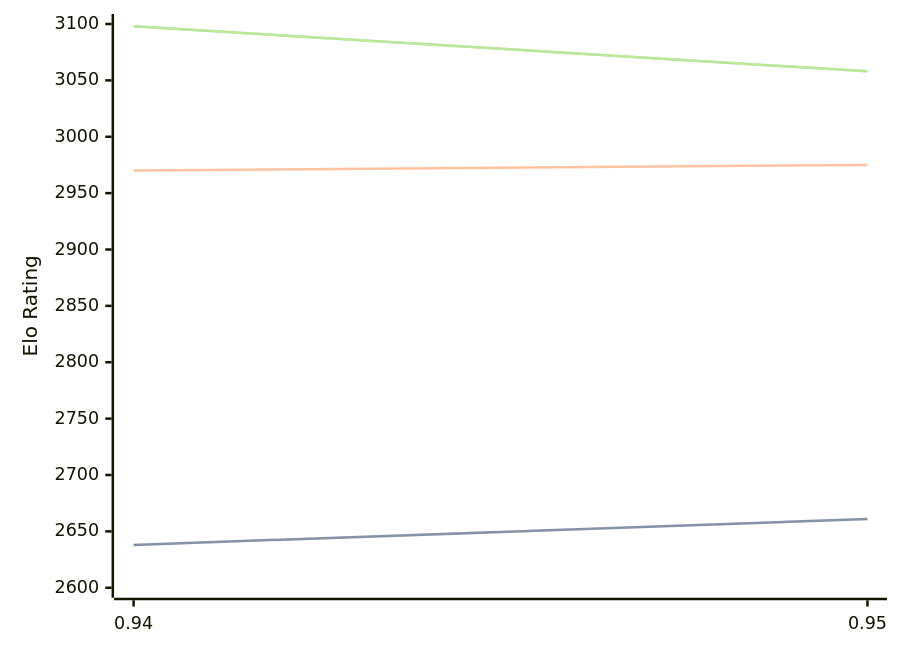
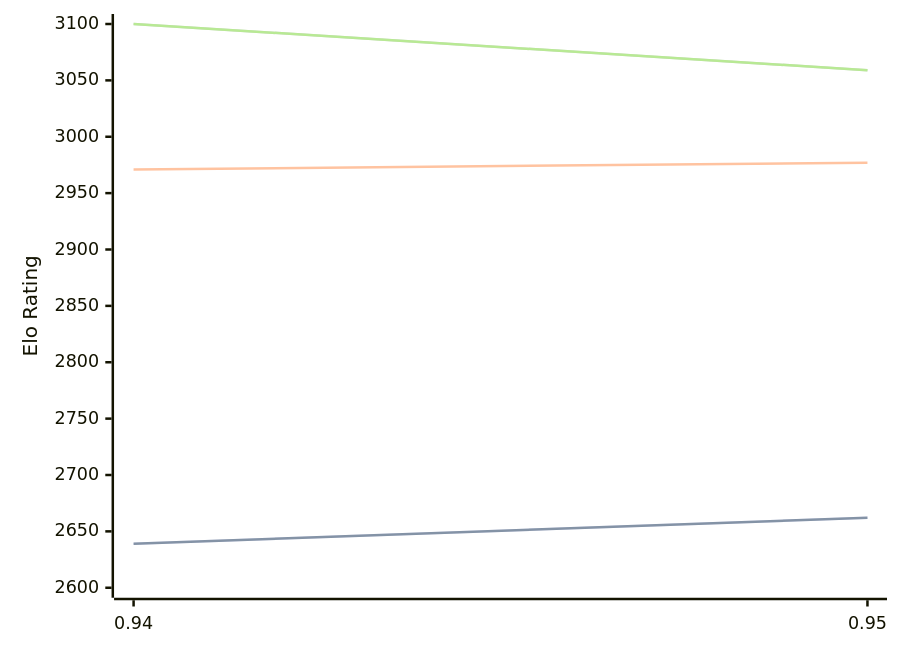
Before and after one commit to computer-chess-index/cci: the diagram in engines/Myrddin.md, drawn with Mermaid. The commit also changed other lines of this file, not shown here.

Commit message:
Update CCI Ratings (ELO VLTC) - 2026-05-01

````diff
--- a/engines/Myrddin.md
+++ b/engines/Myrddin.md
@@ -37,11 +37,11 @@
 ```mermaid
 %%{init: {"theme":"base","themeVariables":{"seriesColors:['#a3a3a3','#222221','#faa371']}}}%%
 xychart-beta
   x-axis ["0.94", "0.95"]
   y-axis "Elo Rating" 2600 --> 3100
-  line "STC (8.0+0.08s)" [2638, 2661]
-  line "STC (8.0+0.08s)" [2638, 2661]
-  line "LTC (60.0+0.60s)" [2970, 2975]
-  line "VLTC (2m24s+1.12s)" [3098, 3058]
-  line "VLTC (2m24s+1.12s)" [3098, 3058]
+  line "STC (8.0+0.08s)" [2639, 2662]
+  line "STC (8.0+0.08s)" [2639, 2662]
+  line "LTC (60.0+0.60s)" [2971, 2977]
+  line "VLTC (2m24s+1.12s)" [3100, 3059]
+  line "VLTC (2m24s+1.12s)" [3100, 3059]
 ```
````
